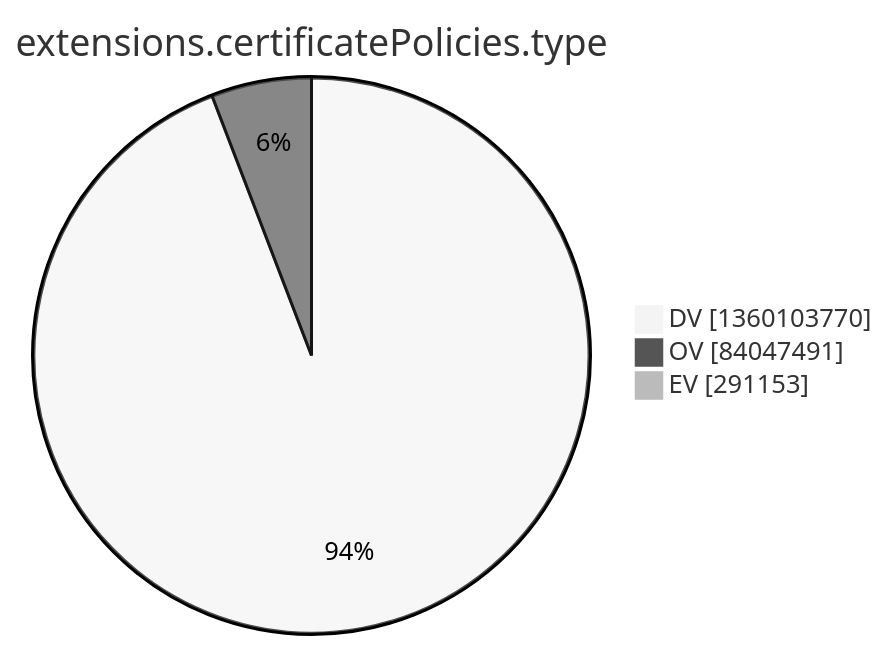
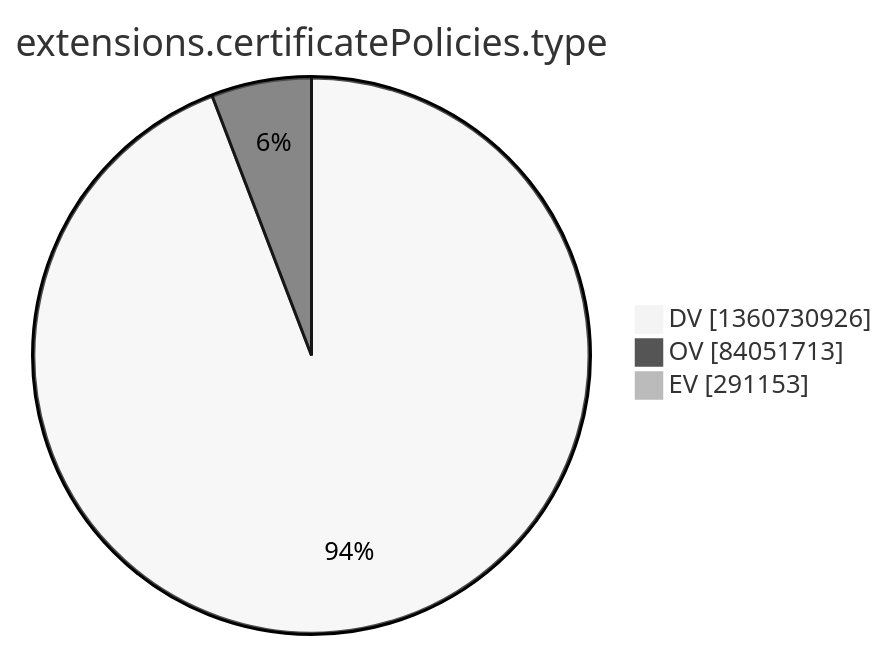
The tenth of 15 diagrams in argon2022/README.md (christiankrug/ctmonitor_visualization), drawn with Mermaid (neutral theme) before and after one commit. The commit also changed other lines of this file, not shown here.

````diff
--- a/argon2022/README.md
+++ b/argon2022/README.md
@@ -2773,7 +2773,7 @@
 ```mermaid
 pie showData
 title extensions.certificatePolicies.type
-"DV" :1360103770
-"OV" :84047491
+"DV" :1360730926
+"OV" :84051713
 "EV" :291153
 ```
````
